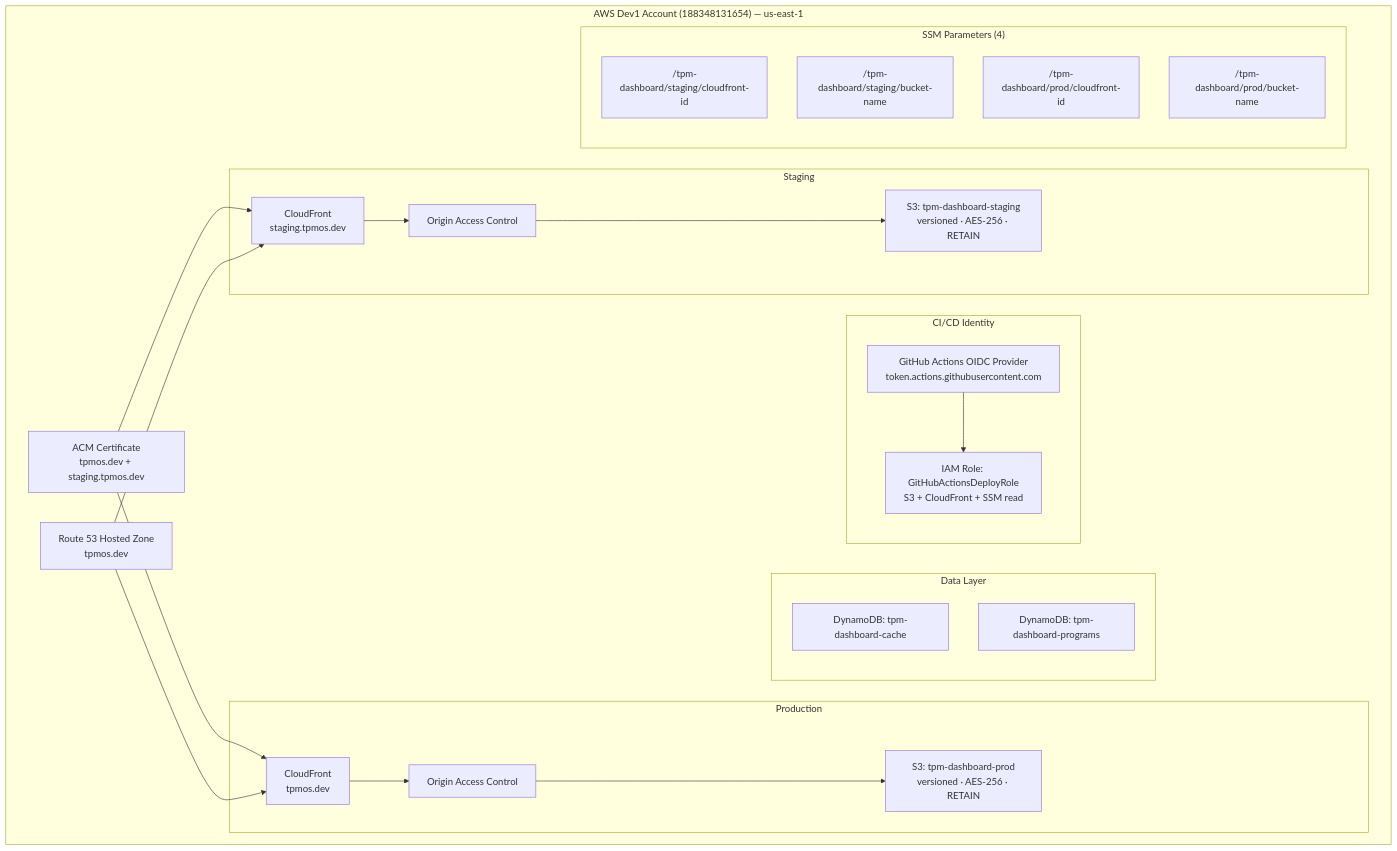
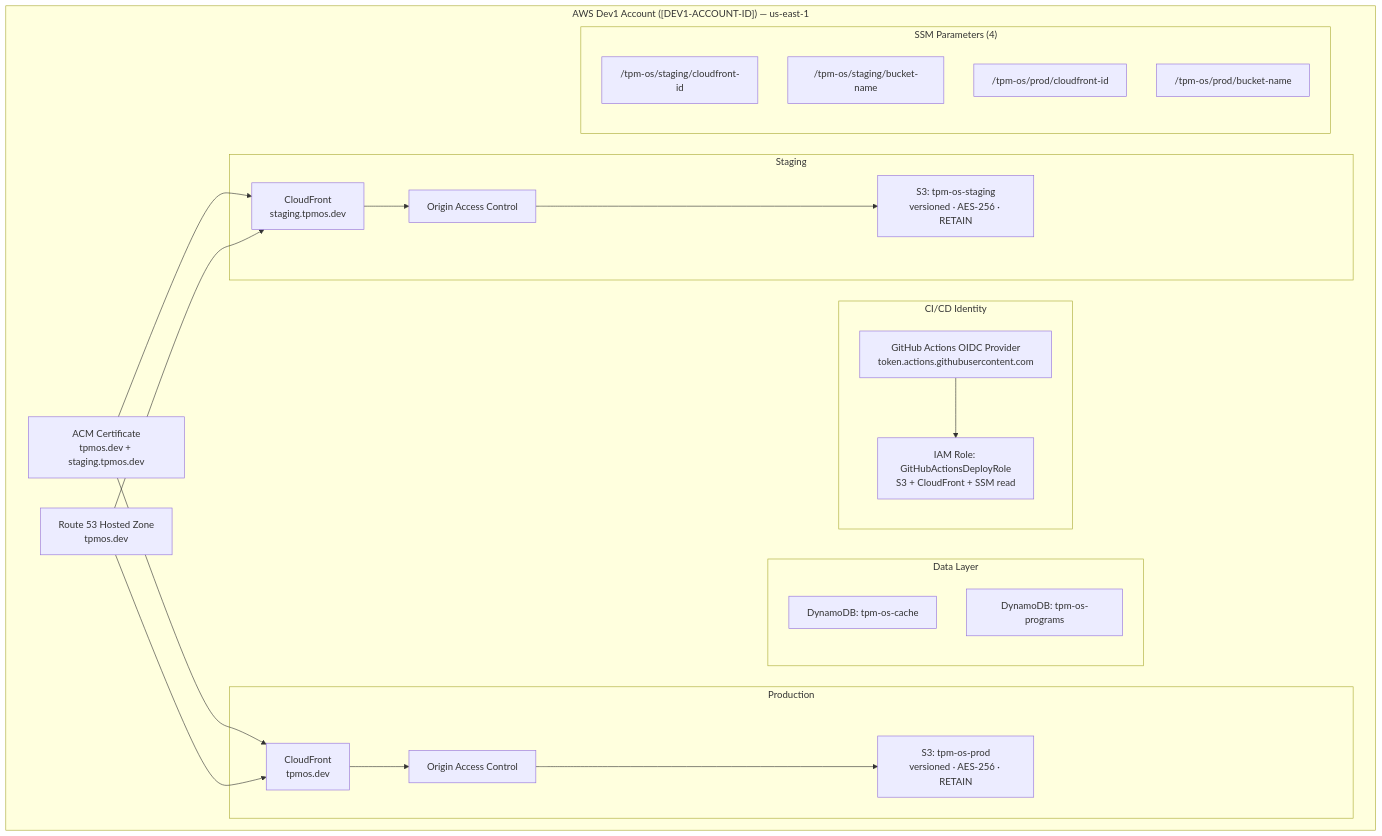
Before and after one commit to harshul88/tpm-dashboard: the fifth of 6 diagrams in ARCHITECTURE.md, drawn with Mermaid. The commit also changed other lines of this file, not shown here.

First line of the commit message:
docs(architecture): redact sensitive AWS identifiers

````diff
--- a/ARCHITECTURE.md
+++ b/ARCHITECTURE.md
@@ -244,42 +244,42 @@
 ```mermaid
 graph TD
-    subgraph Dev1 ["AWS Dev1 Account (188348131654) — us-east-1"]
+    subgraph Dev1 ["AWS Dev1 Account ([DEV1-ACCOUNT-ID]) — us-east-1"]
         ACM["ACM Certificate\ntpmos.dev + staging.tpmos.dev"]
         R53["Route 53 Hosted Zone\ntpmos.dev"]
 
         subgraph Staging ["Staging"]
             CF_S["CloudFront\nstaging.tpmos.dev"]
             OAC_S["Origin Access Control"]
-            S3_S["S3: tpm-dashboard-staging\nversioned · AES-256 · RETAIN"]
+            S3_S["S3: tpm-os-staging\nversioned · AES-256 · RETAIN"]
         end
 
         subgraph Prod ["Production"]
             CF_P["CloudFront\ntpmos.dev"]
             OAC_P["Origin Access Control"]
-            S3_P["S3: tpm-dashboard-prod\nversioned · AES-256 · RETAIN"]
+            S3_P["S3: tpm-os-prod\nversioned · AES-256 · RETAIN"]
         end
 
         subgraph Data ["Data Layer"]
-            DDB_C["DynamoDB: tpm-dashboard-cache"]
-            DDB_P["DynamoDB: tpm-dashboard-programs"]
+            DDB_C["DynamoDB: tpm-os-cache"]
+            DDB_P["DynamoDB: tpm-os-programs"]
         end
 
         subgraph CI ["CI/CD Identity"]
             OIDC["GitHub Actions OIDC Provider\ntoken.actions.githubusercontent.com"]
             ROLE["IAM Role: GitHubActionsDeployRole\nS3 + CloudFront + SSM read"]
         end
 
         subgraph SSM ["SSM Parameters (4)"]
-            SSM1["/tpm-dashboard/staging/cloudfront-id"]
-            SSM2["/tpm-dashboard/staging/bucket-name"]
-            SSM3["/tpm-dashboard/prod/cloudfront-id"]
-            SSM4["/tpm-dashboard/prod/bucket-name"]
+            SSM1["/tpm-os/staging/cloudfront-id"]
+            SSM2["/tpm-os/staging/bucket-name"]
+            SSM3["/tpm-os/prod/cloudfront-id"]
+            SSM4["/tpm-os/prod/bucket-name"]
         end
     end
 
     CF_S --> OAC_S --> S3_S
     CF_P --> OAC_P --> S3_P
     ACM --> CF_S & CF_P
     R53 --> CF_S & CF_P
     OIDC --> ROLE
 ```
````
